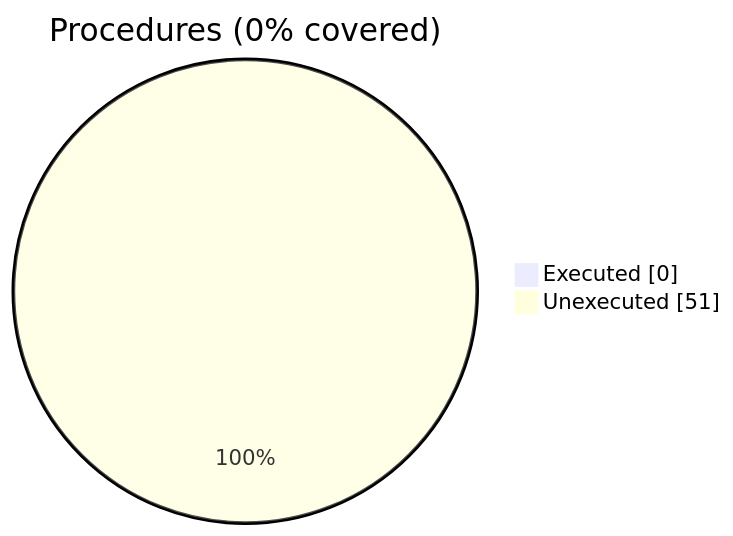
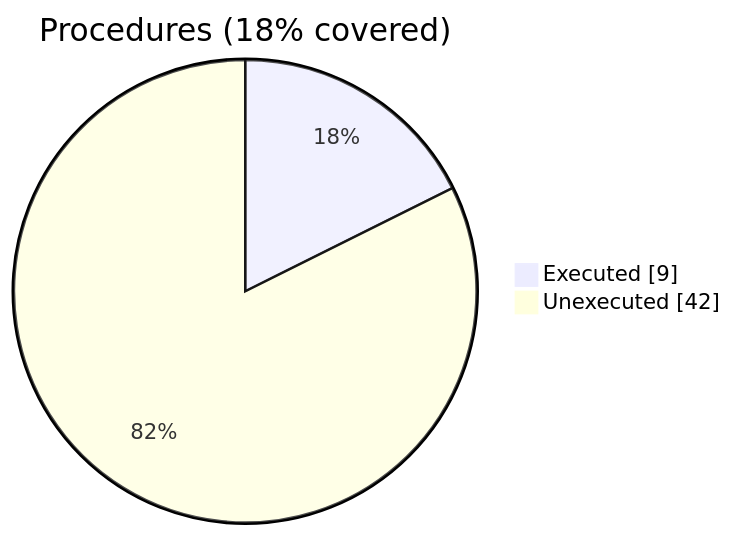
One commit to szaghi/VTKFortran changed the second of 2 diagrams in docs/guide/vtk_fortran_vtk_file_xml_writer_ascii_local.f90.gcov.md. Above: the diagram before and after it, drawn with Mermaid. The commit also changed other lines of this file and 9 other files, not shown here.

````diff
--- a/docs/guide/vtk_fortran_vtk_file_xml_writer_ascii_local.f90.gcov.md
+++ b/docs/guide/vtk_fortran_vtk_file_xml_writer_ascii_local.f90.gcov.md
@@ -24,6 +24,6 @@
 ```mermaid
 pie showData
-    title Procedures (0% covered)
-    "Executed" : 0
-    "Unexecuted" : 51
+    title Procedures (18% covered)
+    "Executed" : 9
+    "Unexecuted" : 42
 ```
````
